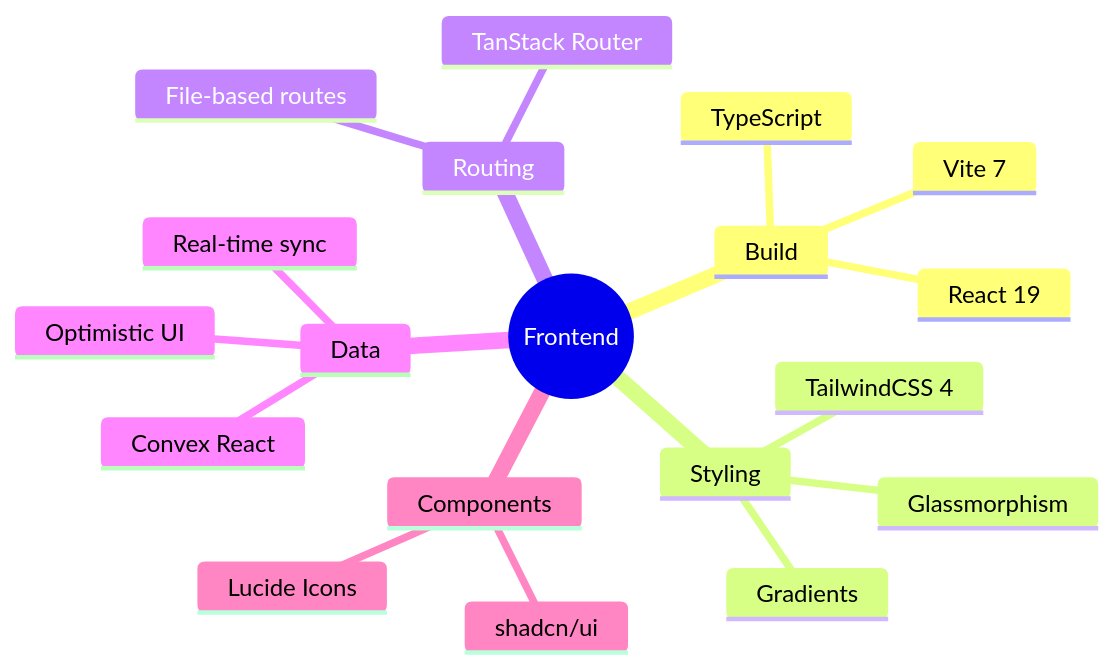
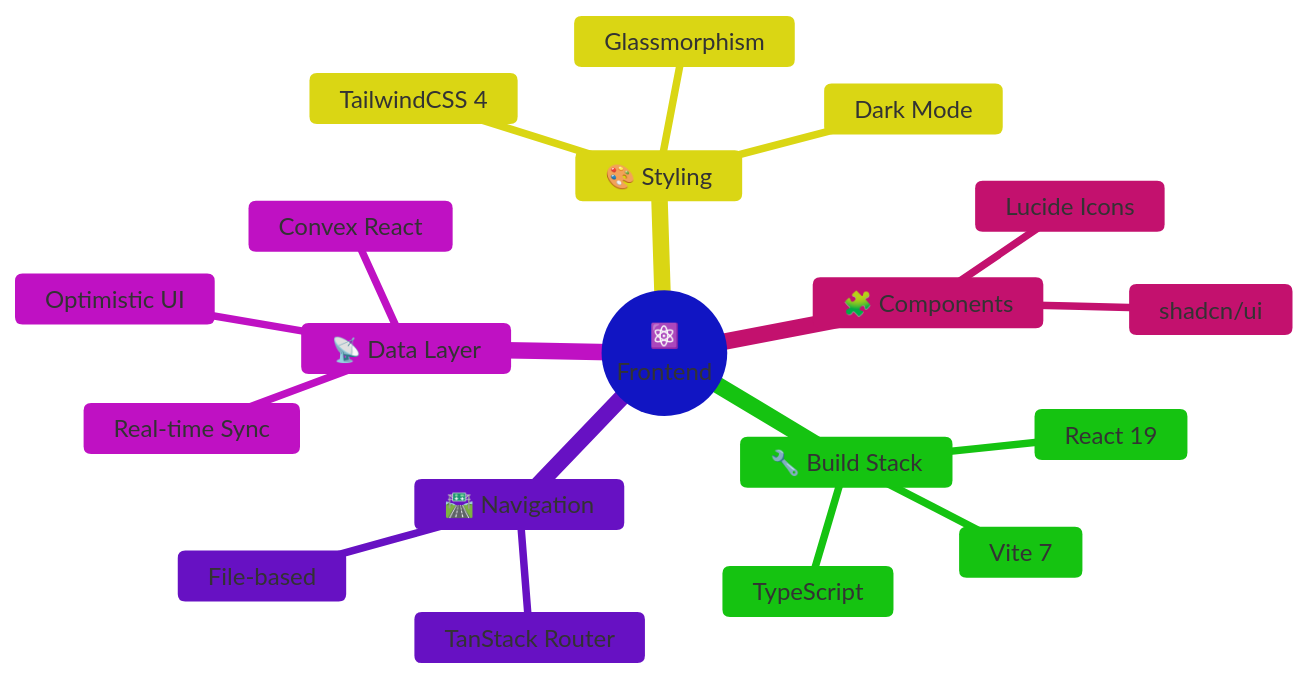
The fourth of 5 diagrams in README.md (sabry-awad97/convex-notes), drawn with Mermaid before and after one commit. The commit also changed other lines of this file, not shown here.

````diff
--- a/README.md
+++ b/README.md
@@ -299,22 +323,24 @@
 ```mermaid
+%%{init: {'theme': 'base', 'themeVariables': { 'primaryColor': '#6366f1', 'lineColor': '#818cf8'}}}%%
+
 mindmap
-  root((Frontend))
-    Build
+  root((⚛️<br/>Frontend))
+    🔧 Build Stack
       Vite 7
       TypeScript
       React 19
-    Styling
+    🎨 Styling
       TailwindCSS 4
       Glassmorphism
-      Gradients
-    Routing
+      Dark Mode
+    🛣️ Navigation
       TanStack Router
-      File-based routes
-    Data
+      File-based
+    📡 Data Layer
       Convex React
-      Real-time sync
+      Real-time Sync
       Optimistic UI
-    Components
+    🧩 Components
       shadcn/ui
       Lucide Icons
 ```
````
